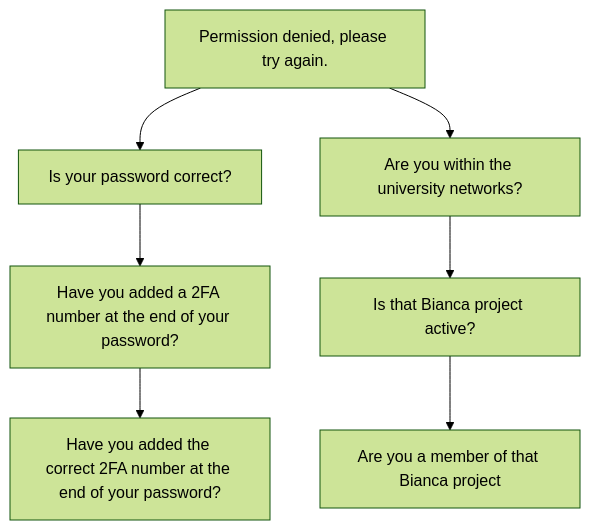
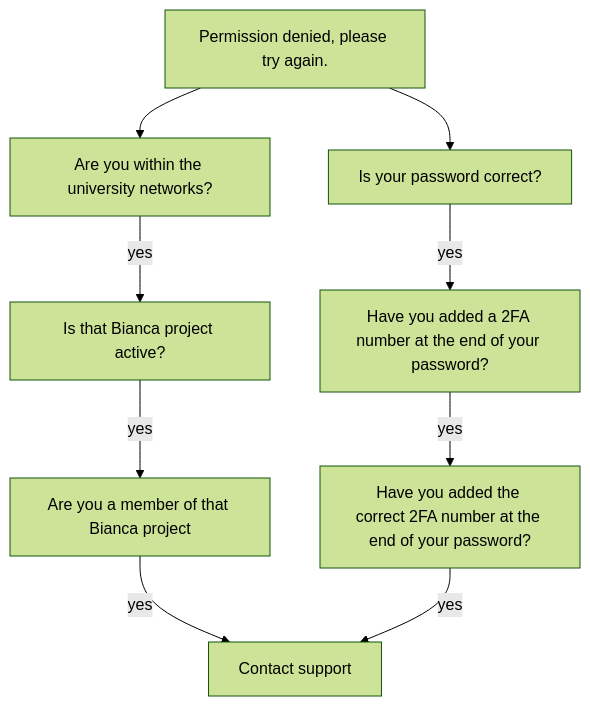
Before and after one commit to UPPMAX/UPPMAX-documentation: the diagram in docs/getting_started/login_bianca_console_password.md, drawn with Mermaid (forest theme). The commit also changed other lines of this file, not shown here.

Commit message:
Add support

````diff
--- a/docs/getting_started/login_bianca_console_password.md
+++ b/docs/getting_started/login_bianca_console_password.md
@@ -154,18 +154,22 @@
 ```mermaid
 flowchart TD
     error[Permission denied, please try again.]
     correct_password[Is your password correct?]
     added_2fa[Have you added a 2FA number at the end of your password?]
     added_correct_2fa[Have you added the correct 2FA number at the end of your password?]
     in_sunet[Are you within the university networks?]
     active_bianca_project[Is that Bianca project active?]
     member_of_bianca_project[Are you a member of that Bianca project]
+    contact_support[Contact support]
 
     error --> correct_password
     error --> in_sunet
     
-    in_sunet --> active_bianca_project
+    in_sunet --> |yes| active_bianca_project
 
-    correct_password --> added_2fa --> added_correct_2fa
-    active_bianca_project --> member_of_bianca_project
+    correct_password --> |yes| added_2fa
+    added_2fa --> |yes| added_correct_2fa
+    active_bianca_project -->  |yes| member_of_bianca_project
+    member_of_bianca_project --> |yes| contact_support
+    added_correct_2fa --> |yes| contact_support
 ```
````
